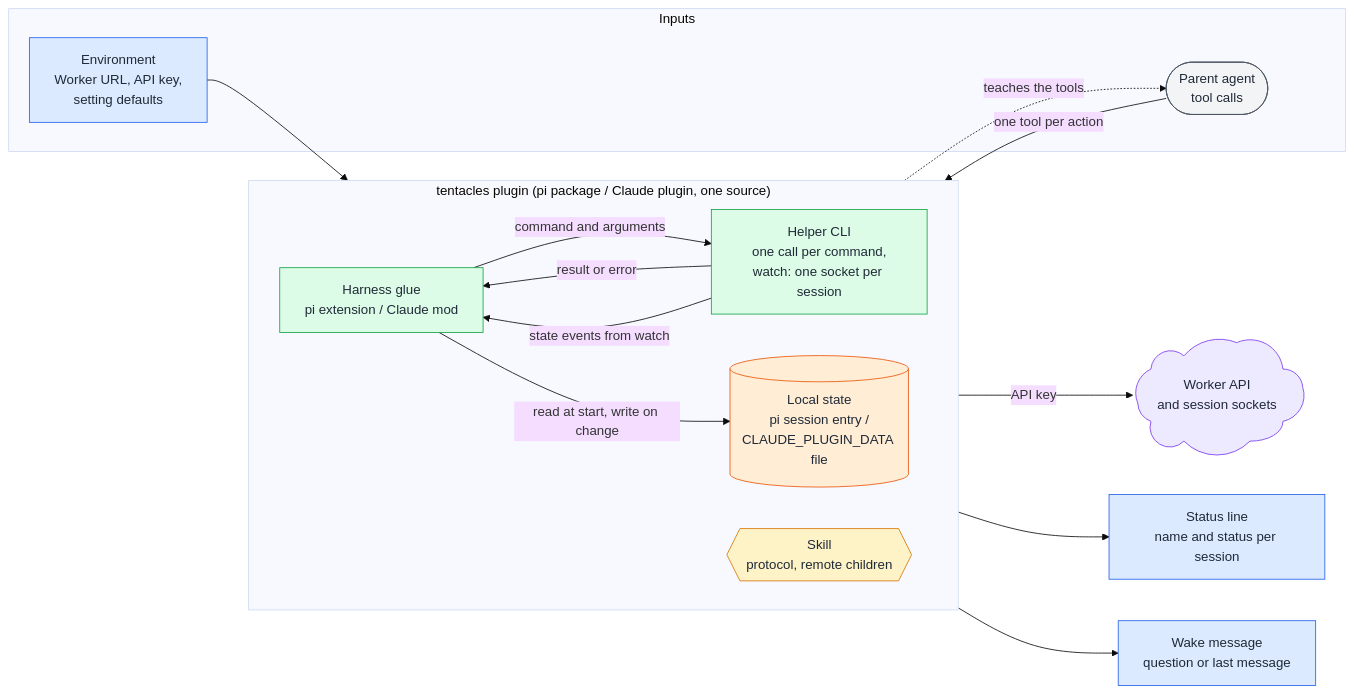
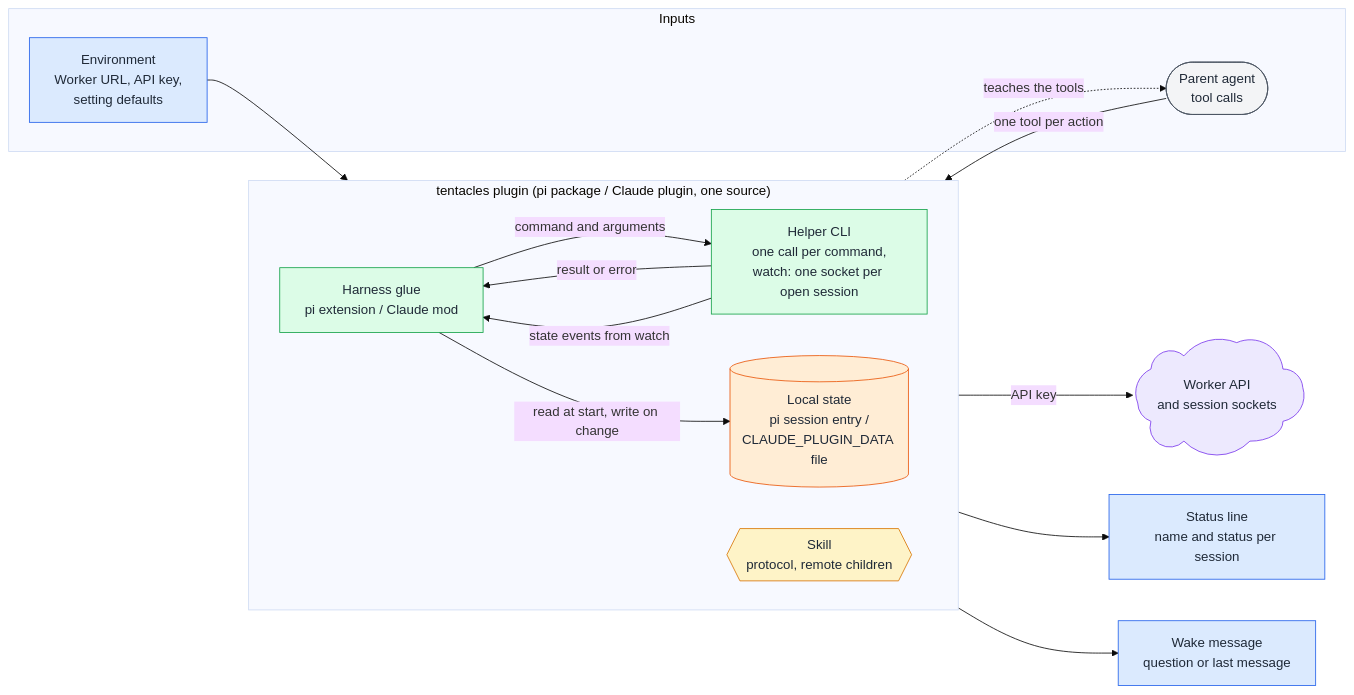
One commit to asermax/tentacles changed the first of 2 diagrams in docs/technical-design/plugin.md. Above: the diagram before and after it, drawn with Mermaid (base theme). The commit also changed other lines of this file and 5 other files, not shown here.

````diff
--- a/docs/technical-design/plugin.md
+++ b/docs/technical-design/plugin.md
@@ -15,40 +15,40 @@
 ```mermaid
 flowchart LR
     subgraph inputs["Inputs"]
         Env@{ shape: rect, label: "Environment<br/>Worker URL, API key,<br/>setting defaults" }
         Agent@{ shape: stadium, label: "Parent agent<br/>tool calls" }
     end
     subgraph plugin["tentacles plugin (pi package / Claude plugin, one source)"]
         direction LR
         Glue@{ shape: rect, label: "Harness glue<br/>pi extension / Claude mod" }
         Skill@{ shape: hex, label: "Skill<br/>protocol, remote children" }
-        Helper@{ shape: rect, label: "Helper CLI<br/>one call per command,<br/>watch: one socket per session" }
+        Helper@{ shape: rect, label: "Helper CLI<br/>one call per command,<br/>watch: one socket per open session" }
         Local@{ shape: cyl, label: "Local state<br/>pi session entry /<br/>CLAUDE_PLUGIN_DATA file" }
         Glue -->|"command and arguments"| Helper
         Helper -->|"result or error"| Glue
         Glue -->|"read at start, write on change"| Local
         Helper -->|"state events from watch"| Glue
     end
     Worker@{ shape: cloud, label: "Worker API<br/>and session sockets" }
     Status@{ shape: rect, label: "Status line<br/>name and status per session" }
     Wake@{ shape: rect, label: "Wake message<br/>question or last message" }
     Env --> Glue
     Agent -->|"one tool per action"| Glue
     Helper -->|"API key"| Worker
     Glue --> Status
     Glue --> Wake
     Skill -.->|"teaches the tools"| Agent
 
     classDef grey fill:#f3f4f6,stroke:#4b5563,color:#1f2937
     classDef blue fill:#dbeafe,stroke:#2563eb,color:#1f2937
     classDef green fill:#dcfce7,stroke:#16a34a,color:#1f2937
     classDef amber fill:#fef3c7,stroke:#d97706,color:#1f2937
     classDef orange fill:#ffedd5,stroke:#ea580c,color:#1f2937
     classDef violet fill:#ede9fe,stroke:#7c3aed,color:#1f2937
     class Agent grey
     class Env,Status,Wake blue
     class Glue,Helper green
     class Skill amber
     class Local orange
     class Worker violet
 ```
````
